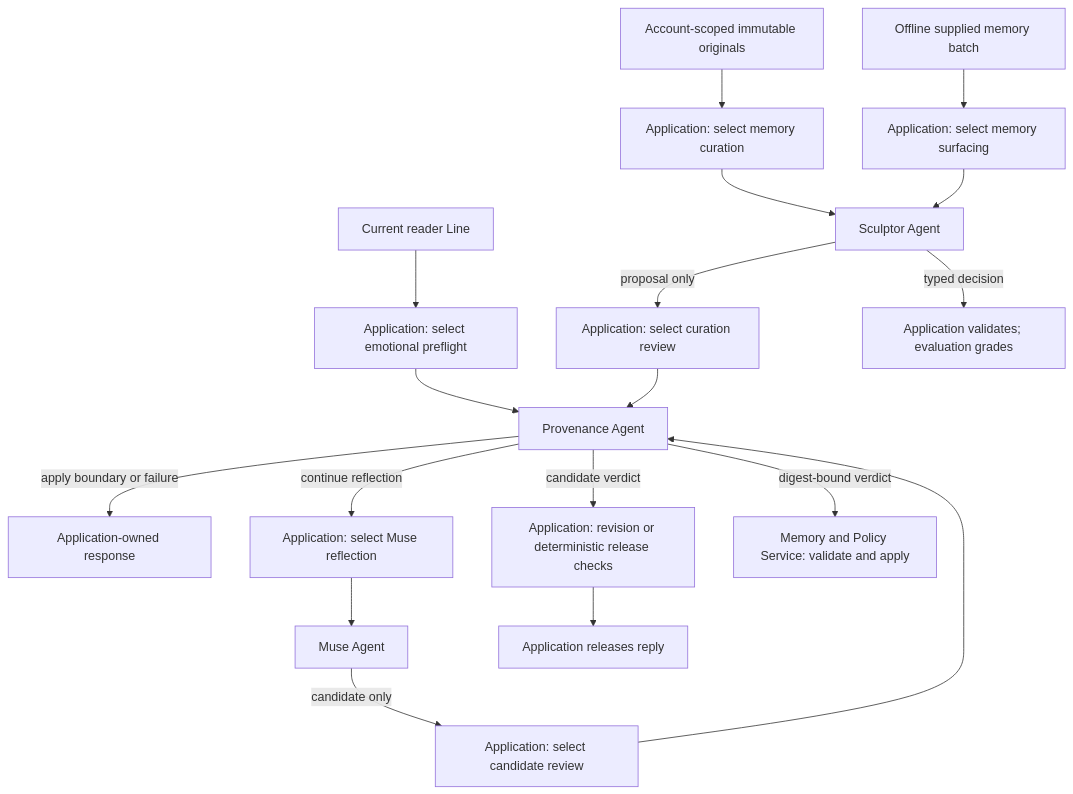
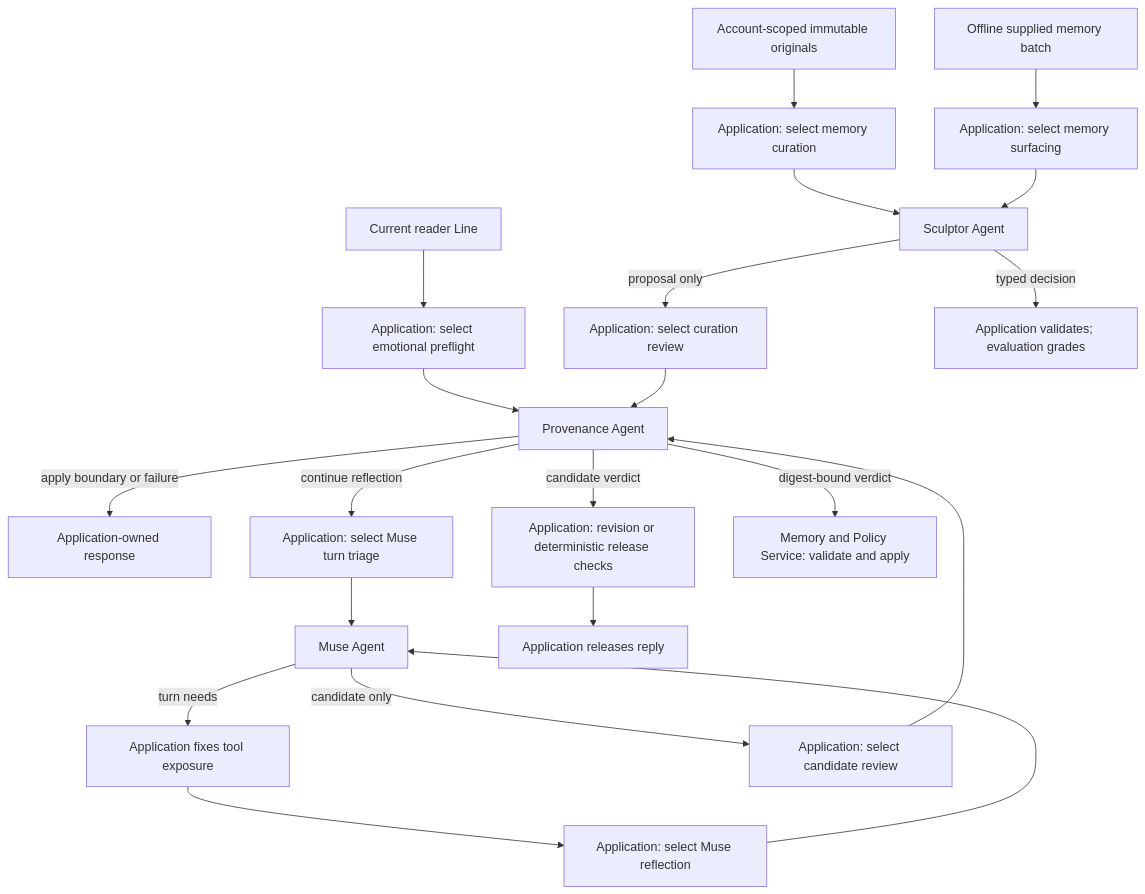
One commit to DesmondChoy/linger changed the second of 2 diagrams in docs/agent-skills.md. Above: the diagram before and after it, drawn with Mermaid. The commit also changed other lines of this file and 24 other files, not shown here.

````diff
--- a/docs/agent-skills.md
+++ b/docs/agent-skills.md
@@ -345,22 +360,25 @@
 ```mermaid
 flowchart TD
     Line[Current reader Line] --> A[Application: select emotional preflight]
     A --> P[Provenance Agent]
     P -->|apply boundary or failure| Fixed[Application-owned response]
-    P -->|continue reflection| Draft[Application: select Muse reflection]
+    P -->|continue reflection| Triage[Application: select Muse turn triage]
+    Triage --> M[Muse Agent]
+    M -->|turn needs| Exposure[Application fixes tool exposure]
+    Exposure --> Draft[Application: select Muse reflection]
     Draft --> M[Muse Agent]
     M -->|candidate only| Review[Application: select candidate review]
     Review --> P
     P -->|candidate verdict| Check[Application: revision or deterministic release checks]
     Check --> Reply[Application releases reply]
 
     Originals[Account-scoped immutable originals] --> Curate[Application: select memory curation]
     Curate --> S[Sculptor Agent]
     S -->|proposal only| CReview[Application: select curation review]
     CReview --> P
     P -->|digest-bound verdict| Store[Memory and Policy Service: validate and apply]
 
     Snapshot[Offline supplied memory batch] --> Surface[Application: select memory surfacing]
     Surface --> S
     S -->|typed decision| Validate[Application validates; evaluation grades]
 ```
````
